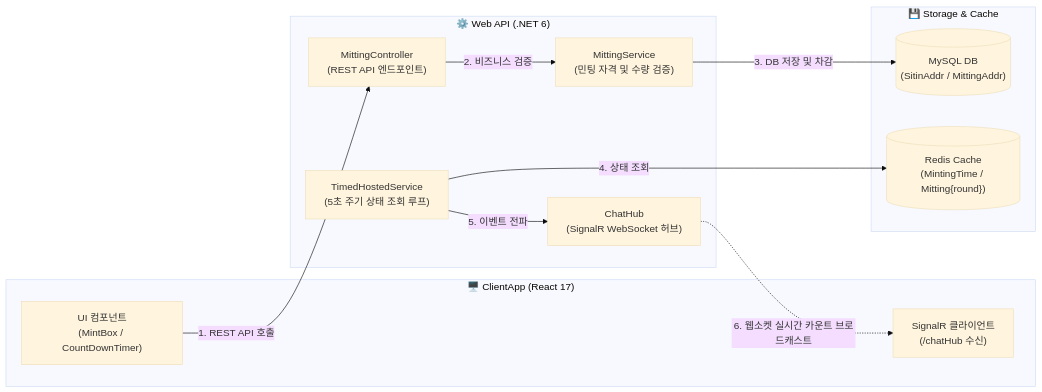
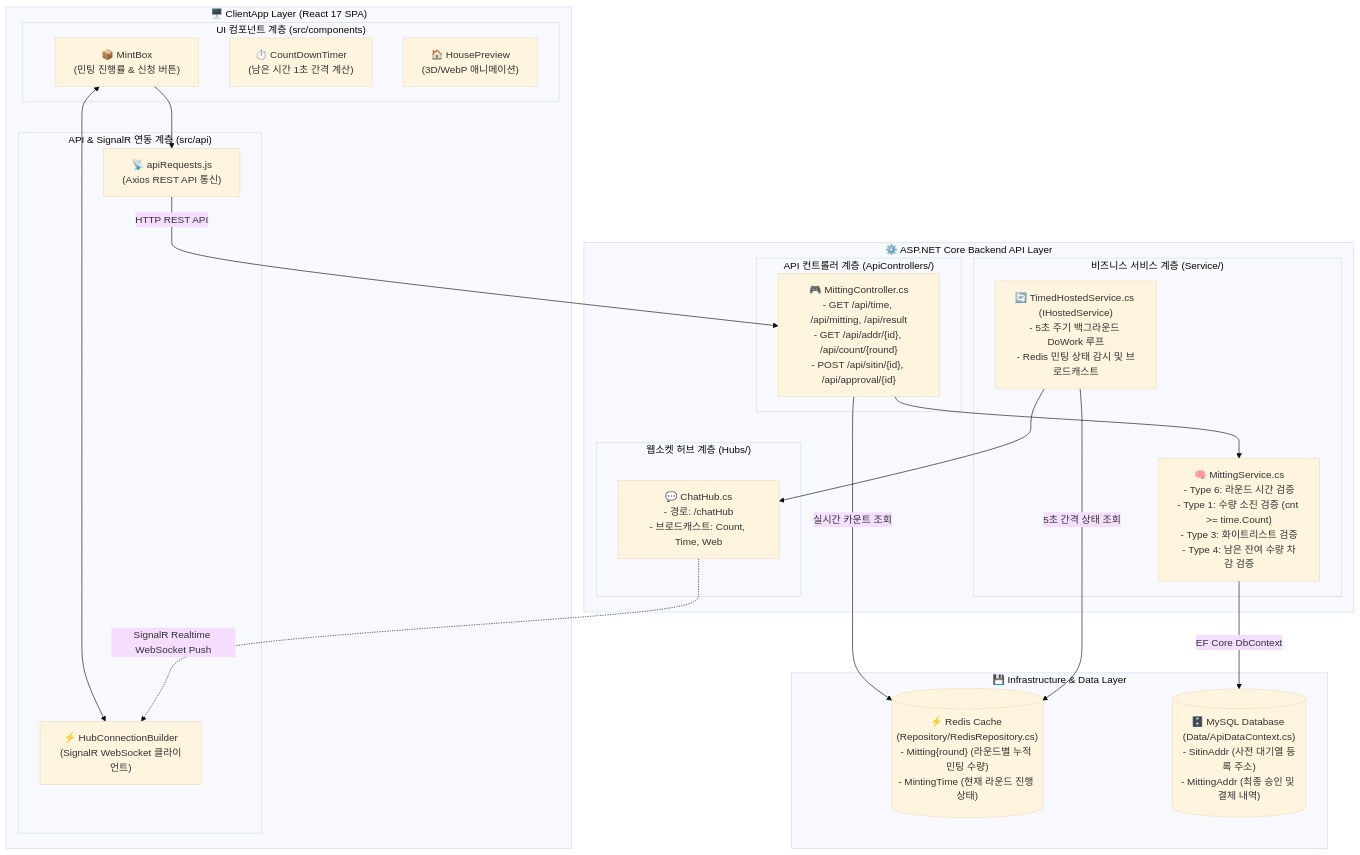
One commit to comfiapps/vtok-all changed the first of 3 diagrams in vtok_publishing_web/README.md. Above: the diagram before and after it, drawn with Mermaid (base theme). The commit also changed other lines of this file, not shown here.

Commit message:
docs: enrich vtok_publishing_web architecture with Component Map, Sequence Diagram, and Hosted Service Lifecycle

````diff
--- a/vtok_publishing_web/README.md
+++ b/vtok_publishing_web/README.md
@@ -9,26 +15,48 @@
 ```mermaid
-flowchart LR
-    subgraph ClientApp ["🖥️ ClientApp (React 17)"]
-        UI["UI 컴포넌트\n(MintBox / CountDownTimer)"]
-        WS_CLIENT["SignalR 클라이언트\n(/chatHub 수신)"]
+flowchart TD
+    subgraph Frontend ["🖥️ ClientApp Layer (React 17 SPA)"]
+        subgraph UI ["UI 컴포넌트 계층 (src/components)"]
+            MINT_UI["📦 MintBox\n(민팅 진행률 & 신청 버튼)"]
+            TIMER_UI["⏱️ CountDownTimer\n(남은 시간 1초 간격 계산)"]
+            HOUSE_UI["🏠 HousePreview\n(3D/WebP 애니메이션)"]
+        end
+
+        subgraph ClientAPI ["API & SignalR 연동 계층 (src/api)"]
+            API_REQ["📡 apiRequests.js\n(Axios REST API 통신)"]
+            WS_CLIENT["⚡ HubConnectionBuilder\n(SignalR WebSocket 클라이언트)"]
+        end
+
+        MINT_UI --> API_REQ
+        MINT_UI <--> WS_CLIENT
     end
 
-    subgraph Backend ["⚙️ Web API (.NET 6)"]
-        API["MittingController\n(REST API 엔드포인트)"]
-        SVC["MittingService\n(민팅 자격 및 수량 검증)"]
-        HOSTED["TimedHostedService\n(5초 주기 상태 조회 루프)"]
-        HUB["ChatHub\n(SignalR WebSocket 허브)"]
+    subgraph Backend ["⚙️ ASP.NET Core Backend API Layer"]
+        subgraph Controllers ["API 컨트롤러 계층 (ApiControllers/)"]
+            CTRL["🎮 MittingController.cs\n- GET /api/time, /api/mitting, /api/result\n- GET /api/addr/{id}, /api/count/{round}\n- POST /api/sitin/{id}, /api/approval/{id}"]
+        end
+
+        subgraph Services ["비즈니스 서비스 계층 (Service/)"]
+            SVC["🧠 MittingService.cs\n- Type 6: 라운드 시간 검증\n- Type 1: 수량 소진 검증 (cnt >= time.Count)\n- Type 3: 화이트리스트 검증\n- Type 4: 남은 잔여 수량 차감 검증"]
+            HOSTED["🔄 TimedHostedService.cs (IHostedService)\n- 5초 주기 백그라운드 DoWork 루프\n- Redis 민팅 상태 감시 및 브로드캐스트"]
+        end
+
+        subgraph Hubs ["웹소켓 허브 계층 (Hubs/)"]
+            HUB["💬 ChatHub.cs\n- 경로: /chatHub\n- 브로드캐스트: Count, Time, Web"]
+        end
+
+        CTRL --> SVC
+        HOSTED --> HUB
     end
 
-    subgraph Storage ["💾 Storage & Cache"]
-        MYSQL[("MySQL DB\n(SitinAddr / MittingAddr)")]
-        REDIS[("Redis Cache\n(MintingTime / Mitting{round})")]
+    subgraph Storage ["💾 Infrastructure & Data Layer"]
+        REDIS[("⚡ Redis Cache (Repository/RedisRepository.cs)\n- Mitting{round} (라운드별 누적 민팅 수량)\n- MintingTime (현재 라운드 진행 상태)")]
+        MYSQL[("🗄️ MySQL Database (Data/ApiDataContext.cs)\n- SitinAddr (사전 대기열 등록 주소)\n- MittingAddr (최종 승인 및 결제 내역)")]
+
+        SVC -->|EF Core DbContext| MYSQL
+        CTRL -->|실시간 카운트 조회| REDIS
+        HOSTED -->|5초 간격 상태 조회| REDIS
     end
 
-    UI -->|1. REST API 호출| API
-    API -->|2. 비즈니스 검증| SVC
-    SVC -->|3. DB 저장 및 차감| MYSQL
-    HOSTED -->|4. 상태 조회| REDIS
-    HOSTED -->|5. 이벤트 전파| HUB
-    HUB -.->|6. 웹소켓 실시간 카운트 브로드캐스트| WS_CLIENT
+    API_REQ -->|HTTP REST API| CTRL
+    HUB -.->|SignalR Realtime WebSocket Push| WS_CLIENT
 ```
````
